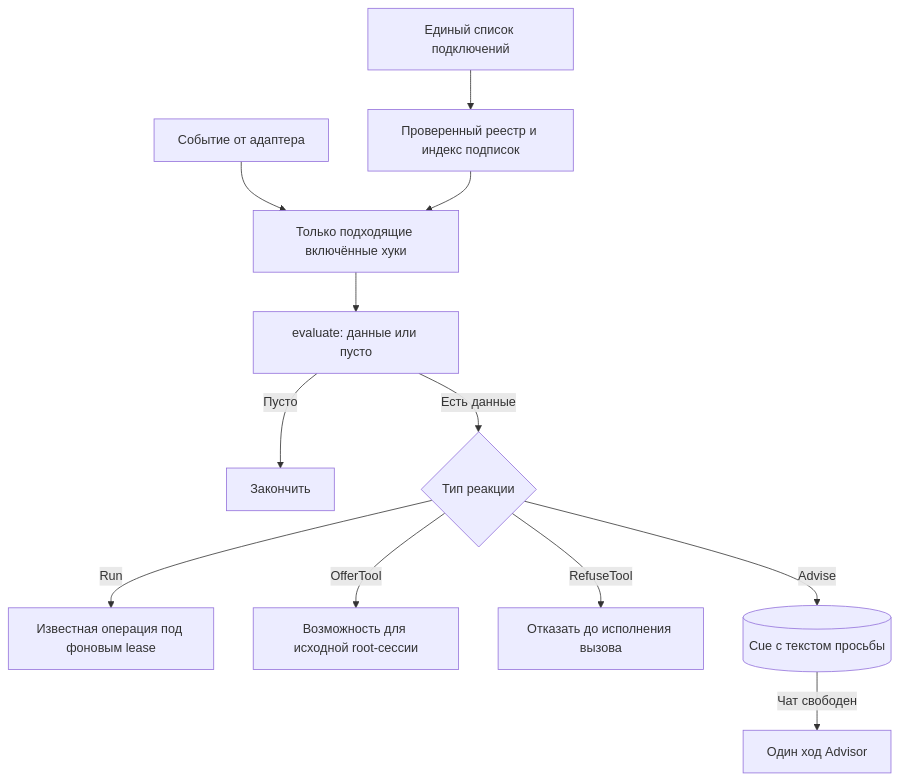
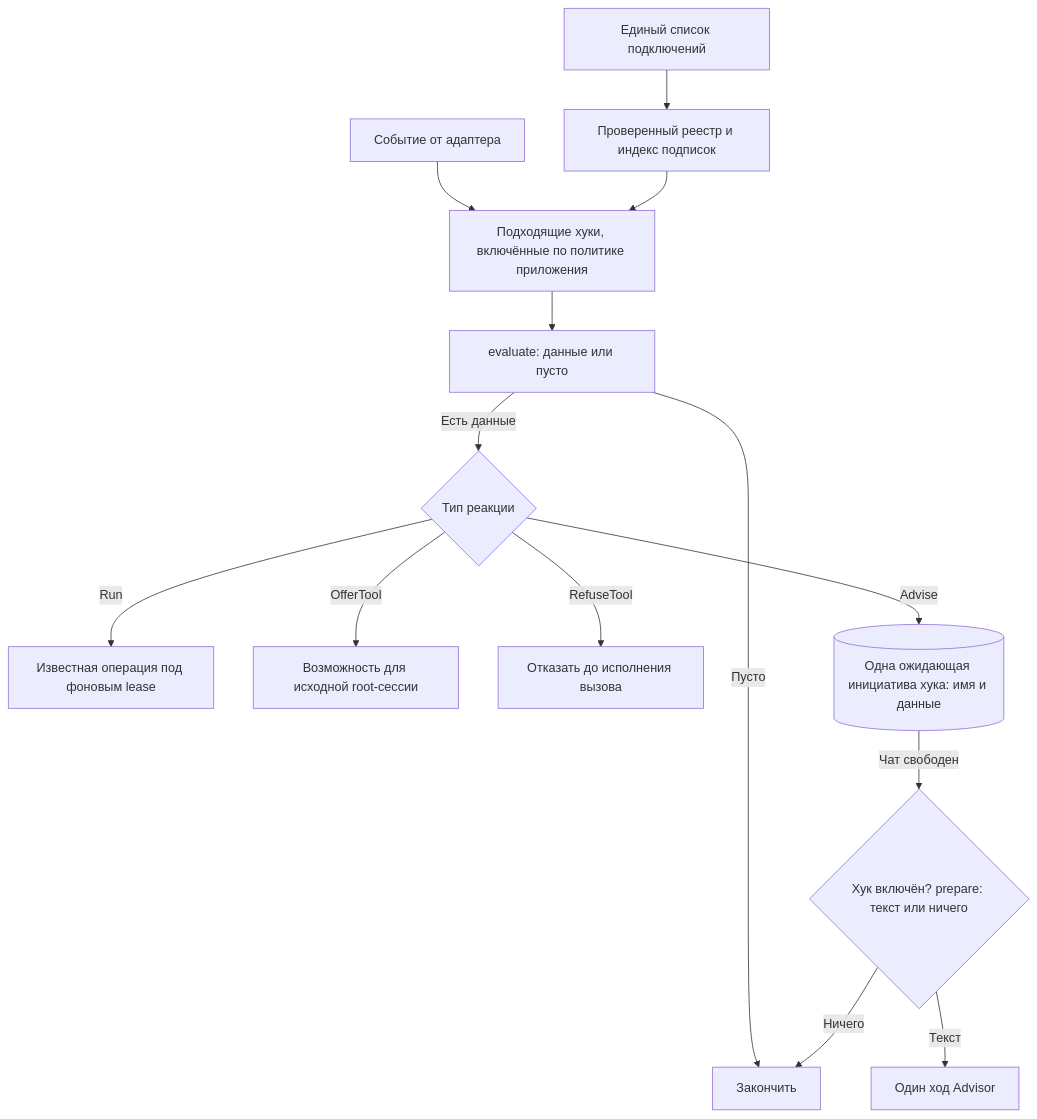
The diagram in docs/HOOK_ARCH.md (myvaheed/tg-ai-safwa), drawn with Mermaid before and after one commit. The commit also changed other lines of this file and 27 other files, not shown here.

````diff
--- a/docs/HOOK_ARCH.md
+++ b/docs/HOOK_ARCH.md
@@ -230,14 +255,16 @@
 ```mermaid
 flowchart TD
     A["Единый список подключений"] --> B["Проверенный реестр и индекс подписок"]
-    C["Событие от адаптера"] --> D["Только подходящие включённые хуки"]
+    C["Событие от адаптера"] --> D["Подходящие хуки, включённые по политике приложения"]
     B --> D
     D --> E["evaluate: данные или пусто"]
     E -->|Пусто| Z["Закончить"]
     E -->|Есть данные| F{"Тип реакции"}
     F -->|Run| G["Известная операция под фоновым lease"]
     F -->|OfferTool| H["Возможность для исходной root-сессии"]
     F -->|RefuseTool| I["Отказать до исполнения вызова"]
-    F -->|Advise| J[("Cue с текстом просьбы")]
-    J -->|Чат свободен| K["Один ход Advisor"]
+    F -->|Advise| J[("Одна ожидающая инициатива хука: имя и данные")]
+    J -->|Чат свободен| K{"Хук включён? prepare: текст или ничего"}
+    K -->|Текст| L["Один ход Advisor"]
+    K -->|Ничего| Z
 ```
````
